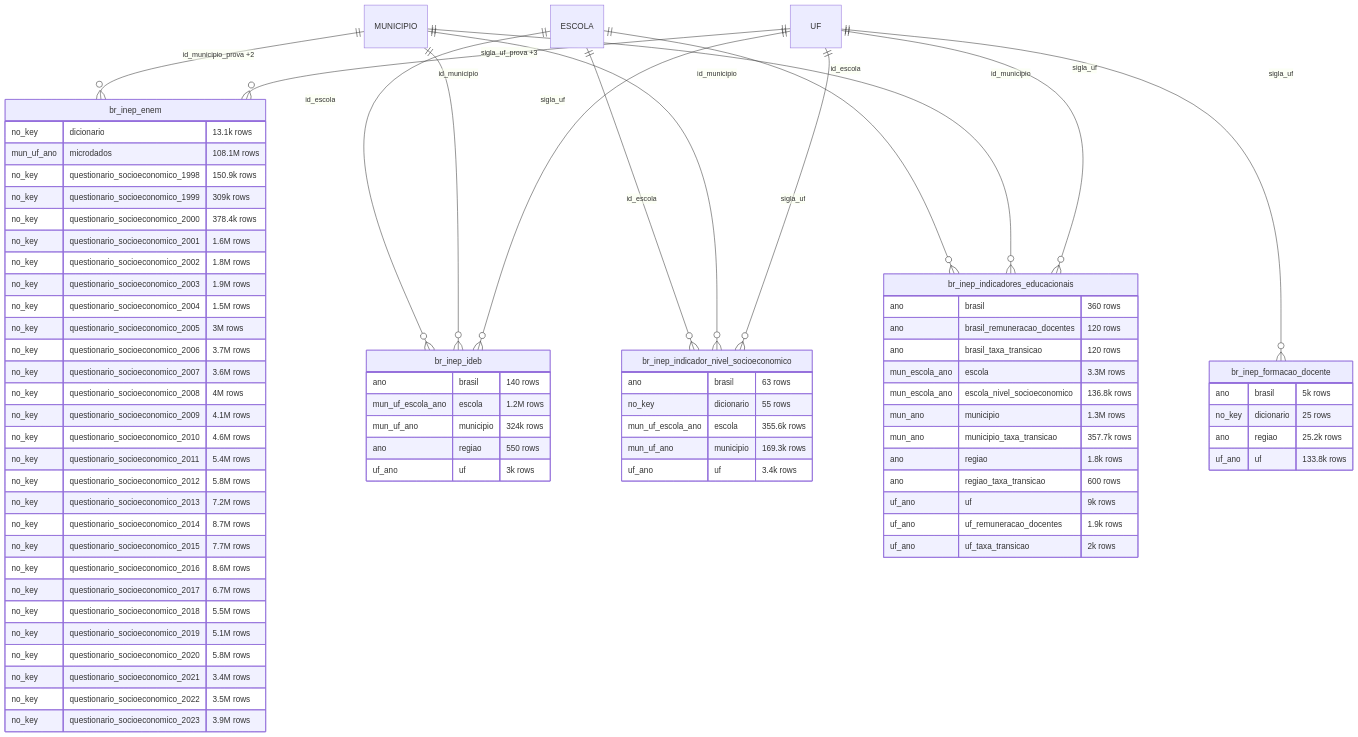
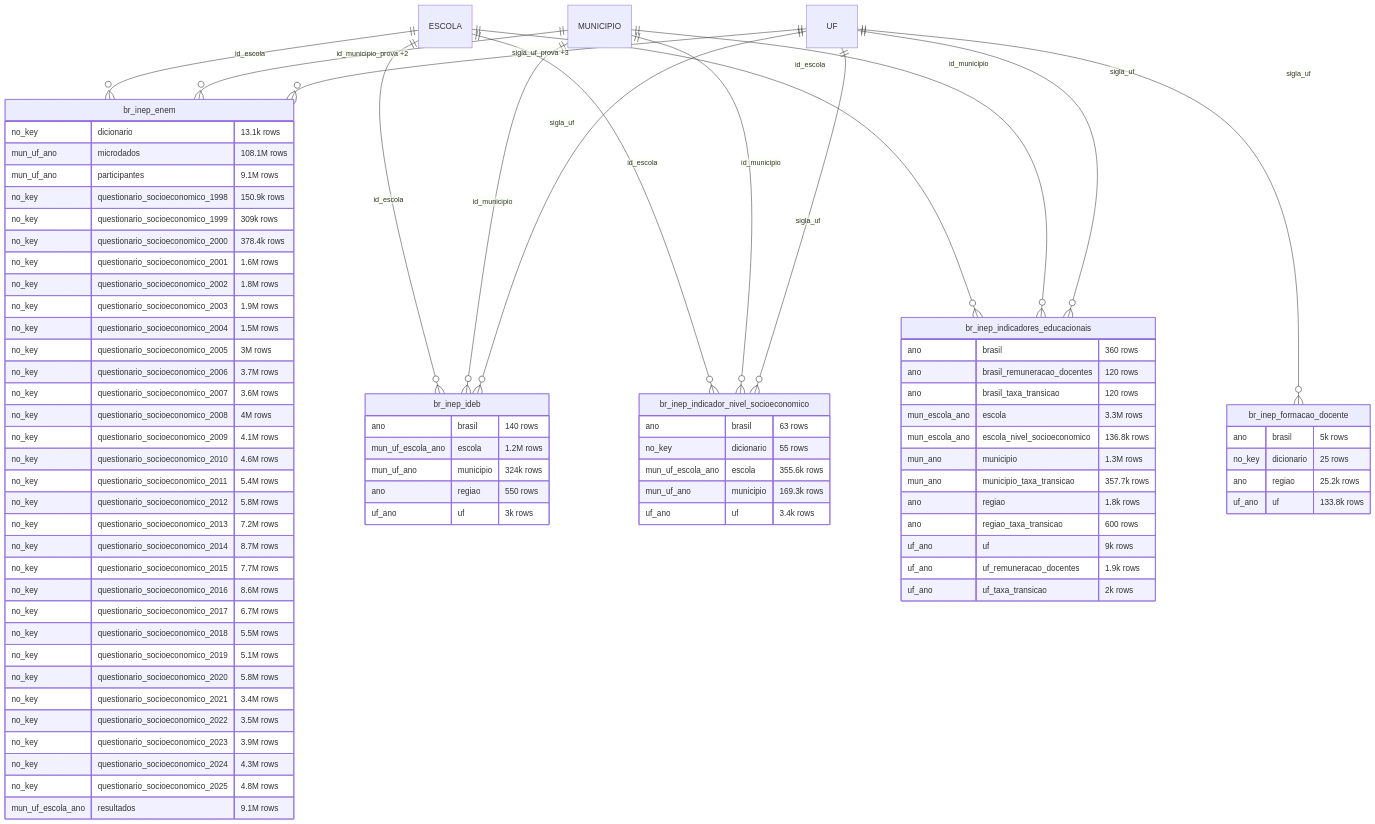
Before and after one commit to rafapolo/rodado: the seventh of 29 diagrams in docs/mapa/ERD_EN.md, drawn with Mermaid. The commit also changed other lines of this file and 16 other files, not shown here.

````diff
--- a/docs/mapa/ERD_EN.md
+++ b/docs/mapa/ERD_EN.md
@@ -507,5 +535,6 @@
 ```mermaid
 erDiagram
+    ESCOLA ||--o{ br_inep_enem : "id_escola"
     MUNICIPIO ||--o{ br_inep_enem : "id_municipio_prova +2"
     UF ||--o{ br_inep_enem : "sigla_uf_prova +3"
     UF ||--o{ br_inep_formacao_docente : "sigla_uf"
@@ -521,6 +550,7 @@
     br_inep_enem {
         no_key dicionario "13.1k rows"
         mun_uf_ano microdados "108.1M rows"
+        mun_uf_ano participantes "9.1M rows"
         no_key questionario_socioeconomico_1998 "150.9k rows"
         no_key questionario_socioeconomico_1999 "309k rows"
         no_key questionario_socioeconomico_2000 "378.4k rows"
@@ -547,6 +577,9 @@
         no_key questionario_socioeconomico_2021 "3.4M rows"
         no_key questionario_socioeconomico_2022 "3.5M rows"
         no_key questionario_socioeconomico_2023 "3.9M rows"
+        no_key questionario_socioeconomico_2024 "4.3M rows"
+        no_key questionario_socioeconomico_2025 "4.8M rows"
+        mun_uf_escola_ano resultados "9.1M rows"
     }
     br_inep_formacao_docente {
         ano brasil "5k rows"
````
